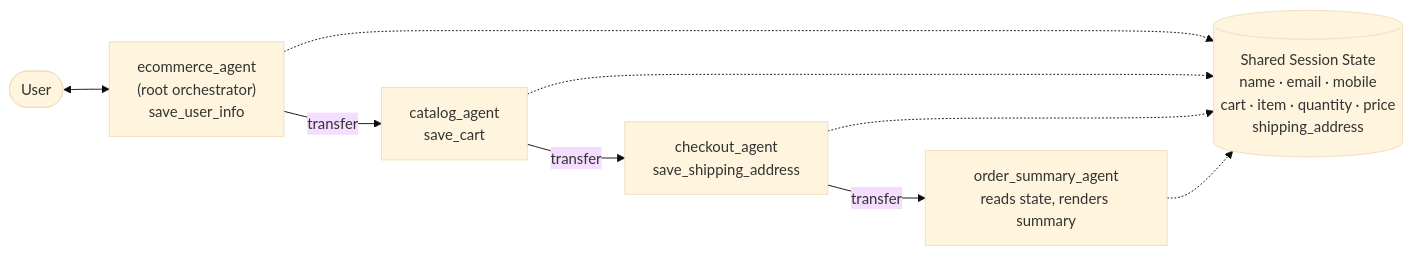
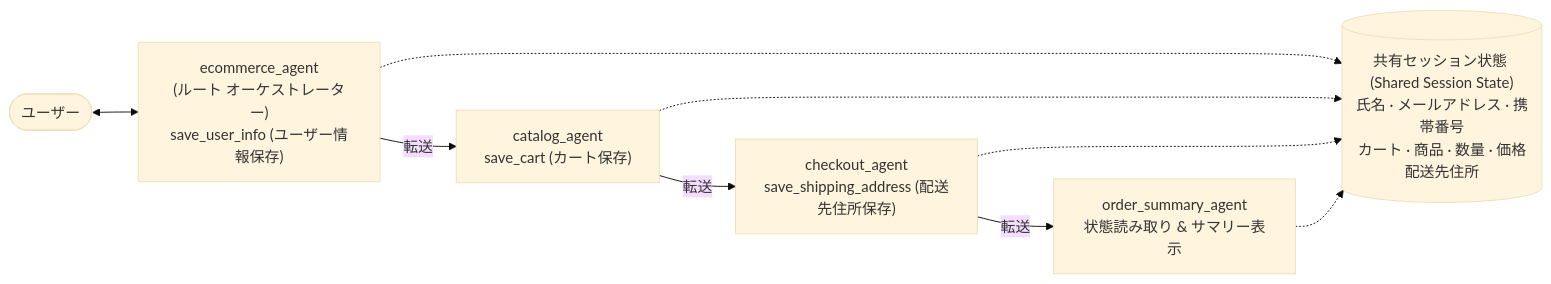
Before and after one commit to git4rajmohan/AI_Projects: the diagram in 01-Agentic-AI/MultiAgent-Ecommerce/README.ja.md, drawn with Mermaid (base theme). The commit also changed other lines of this file, not shown here.

````diff
--- a/01-Agentic-AI/MultiAgent-Ecommerce/README.ja.md
+++ b/01-Agentic-AI/MultiAgent-Ecommerce/README.ja.md
@@ -45,8 +45,8 @@
 ```mermaid
 flowchart LR
-    U([User]) <--> R["ecommerce_agent<br/>(root orchestrator)<br/>save_user_info"]
-    R -->|transfer| C["catalog_agent<br/>save_cart"]
-    C -->|transfer| K["checkout_agent<br/>save_shipping_address"]
-    K -->|transfer| S["order_summary_agent<br/>reads state, renders summary"]
-    R & C & K & S -.-> ST[("Shared Session State<br/>name · email · mobile<br/>cart · item · quantity · price<br/>shipping_address")]
+    U([ユーザー]) <--> R["ecommerce_agent<br/>(ルート オーケストレーター)<br/>save_user_info (ユーザー情報保存)"]
+    R -->|転送| C["catalog_agent<br/>save_cart (カート保存)"]
+    C -->|転送| K["checkout_agent<br/>save_shipping_address (配送先住所保存)"]
+    K -->|転送| S["order_summary_agent<br/>状態読み取り & サマリー表示"]
+    R & C & K & S -.-> ST[("共有セッション状態 (Shared Session State)<br/>氏名 · メールアドレス · 携帯番号<br/>カート · 商品 · 数量 · 価格<br/>配送先住所")]
 ```
````
